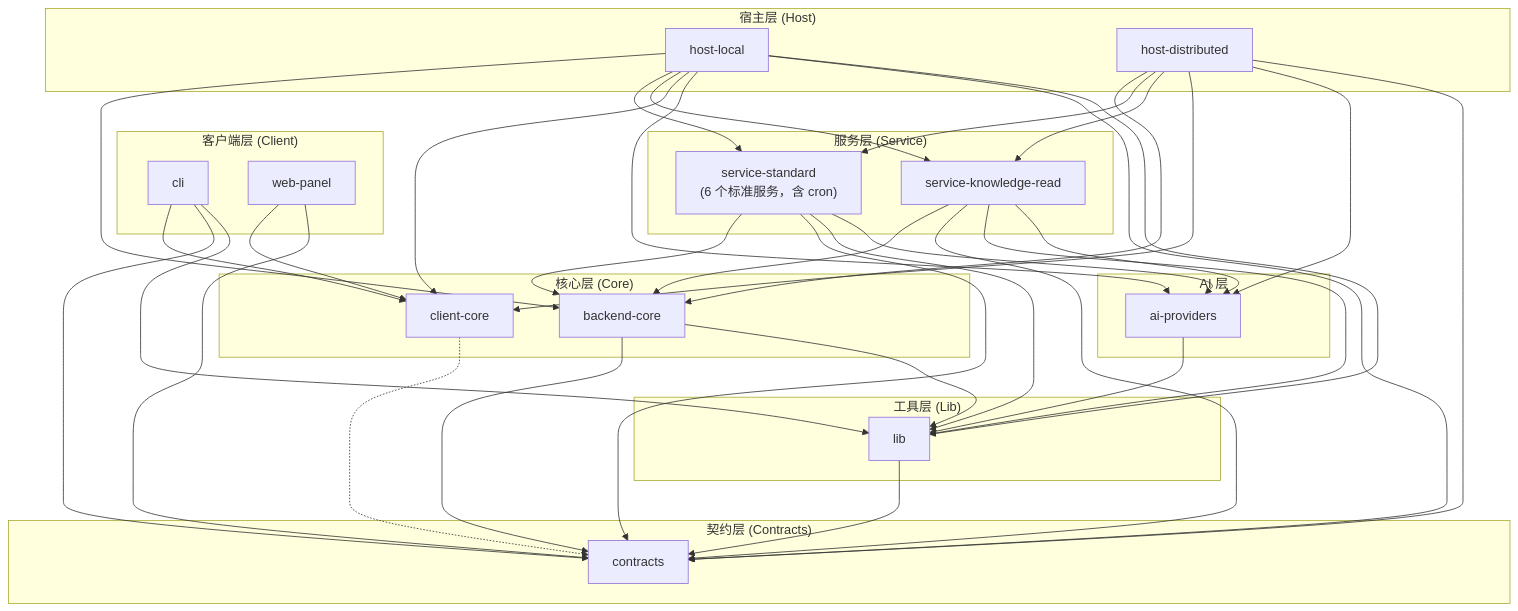
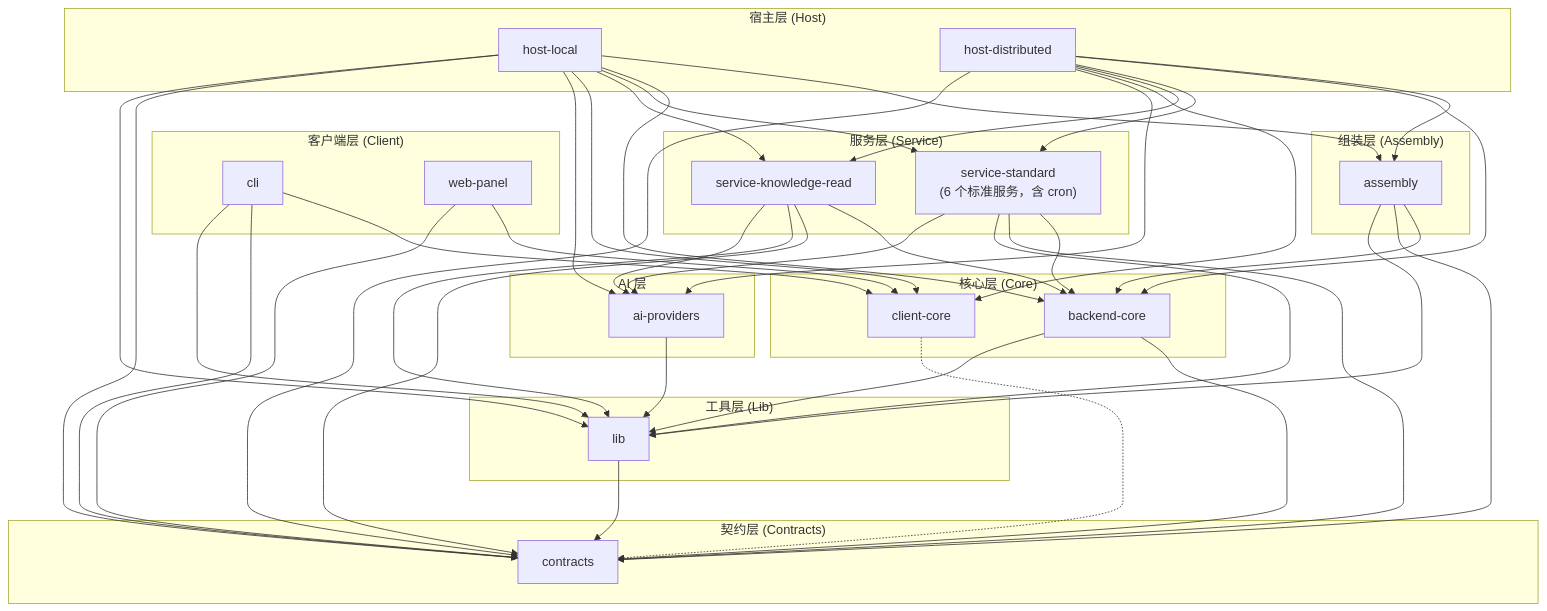
The diagram in docs/architecture/BOUNDARIES.md (pofossette/TrapMap-for-vibing), drawn with Mermaid before and after one commit. The commit also changed other lines of this file and 8 other files, not shown here.

```diff
--- a/docs/architecture/BOUNDARIES.md
+++ b/docs/architecture/BOUNDARIES.md
@@ -50,6 +51,10 @@
     subgraph 客户端层["客户端层 (Client)"]
         cli["cli"]
         web-panel["web-panel"]
+    end
+
+    subgraph 组装层["组装层 (Assembly)"]
+        assembly["assembly"]
     end
 
     subgraph 服务层["服务层 (Service)"]
@@ -74,6 +79,7 @@
         contracts["contracts"]
     end
 
+    host-local --> assembly
     host-local --> backend-core
     host-local --> service-standard
     host-local --> service-knowledge-read
@@ -82,12 +88,17 @@
     host-local --> contracts
     host-local --> lib
 
+    host-distributed --> assembly
     host-distributed --> backend-core
     host-distributed --> service-standard
     host-distributed --> service-knowledge-read
     host-distributed --> client-core
     host-distributed --> ai-providers
     host-distributed --> contracts
+
+    assembly --> backend-core
+    assembly --> contracts
+    assembly --> lib
 
     service-standard --> backend-core
     service-standard --> contracts
```
